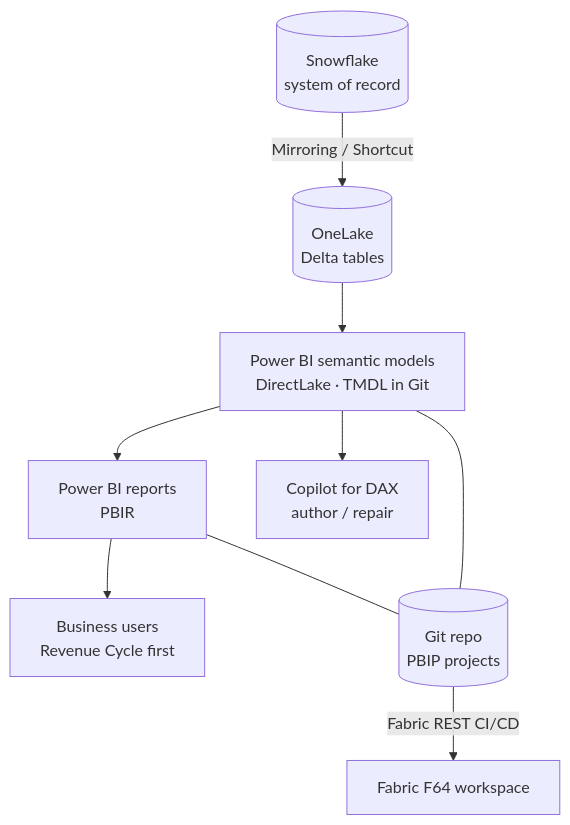
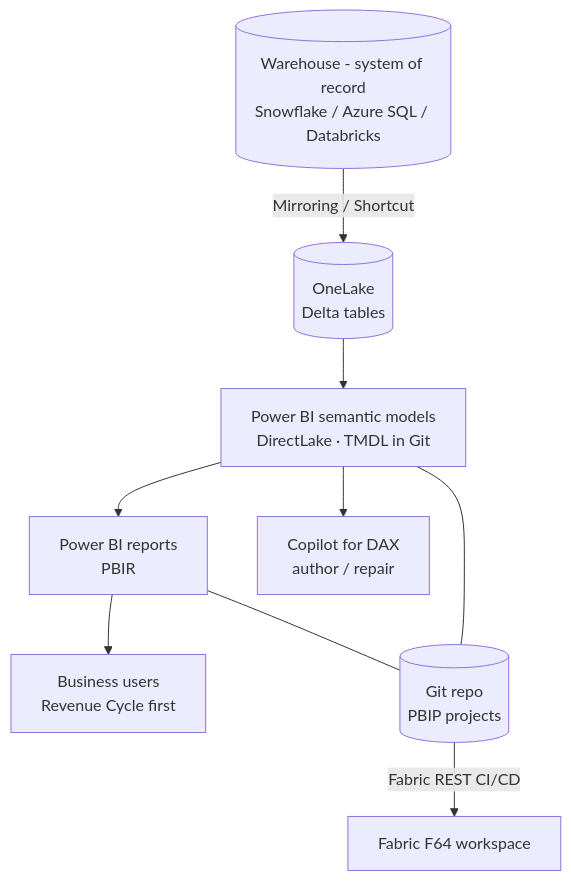
The third of 3 diagrams in docs/architecture.md (rasgiza/tableau-migration-accelerator), drawn with Mermaid before and after one commit. The commit also changed other lines of this file and 1 other file, not shown here.

First line of the commit message:
docs(arch): add source-agnostic big-picture diagram + generalize architecture

````diff
--- a/docs/architecture.md
+++ b/docs/architecture.md
@@ -80,12 +84,12 @@
 ```mermaid
 flowchart TB
-    SNOW[(Snowflake<br/>system of record)]
+    SNOW[(Warehouse - system of record<br/>Snowflake / Azure SQL / Databricks)]
     SNOW -->|Mirroring / Shortcut| OL[(OneLake<br/>Delta tables)]
     OL --> SM[Power BI semantic models<br/>DirectLake · TMDL in Git]
     SM --> RPT[Power BI reports<br/>PBIR]
     SM --> COPILOT[Copilot for DAX<br/>author / repair]
     RPT --> USERS[Business users<br/>Revenue Cycle first]
     GIT[(Git repo<br/>PBIP projects)] -->|Fabric REST CI/CD| WS[Fabric F64 workspace]
     SM --- GIT
     RPT --- GIT
 ```
````
